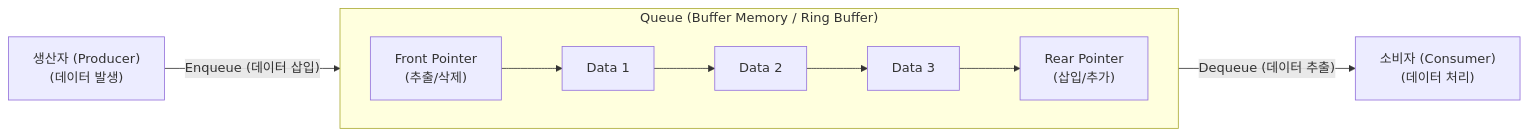
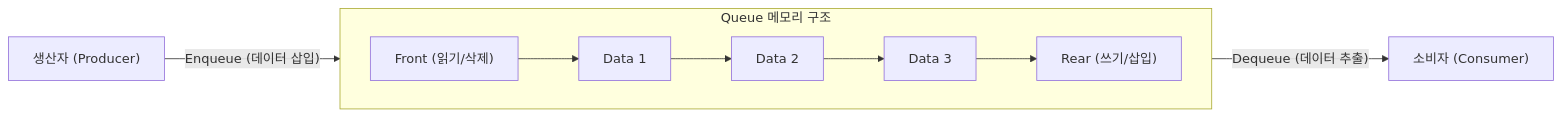
One commit to supremethumb/supremethumb.github.io changed the diagram in content/01_IT Tech/Queue.md. Above: the diagram before and after it, drawn with Mermaid. The commit also changed other lines of this file and 362 other files, not shown here.

````diff
--- a/content/01_IT Tech/Queue.md
+++ b/content/01_IT Tech/Queue.md
@@ -23,18 +37,17 @@
 ```mermaid
 flowchart LR
-    Producer["생산자 (Producer)<br/>(데이터 발생)"]
+    Producer["생산자 (Producer)"]
     
-    subgraph Queue_Structure ["Queue (Buffer Memory / Ring Buffer)"]
+    subgraph Queue_Memory ["Queue 메모리 구조"]
         direction LR
-        Front["Front Pointer<br/>(추출/삭제)"] --> Q1["Data 1"]
+        Front["Front (읽기/삭제)"] --> Q1["Data 1"]
         Q1 --> Q2["Data 2"]
         Q2 --> Q3["Data 3"]
-        Q3 --> Rear["Rear Pointer<br/>(삽입/추가)"]
+        Q3 --> Rear["Rear (쓰기/삽입)"]
     end
     
-    Consumer["소비자 (Consumer)<br/>(데이터 처리)"]
+    Consumer["소비자 (Consumer)"]
 
     Producer -- "Enqueue (데이터 삽입)" --> Rear
     Front -- "Dequeue (데이터 추출)" --> Consumer
-
 ```
````
